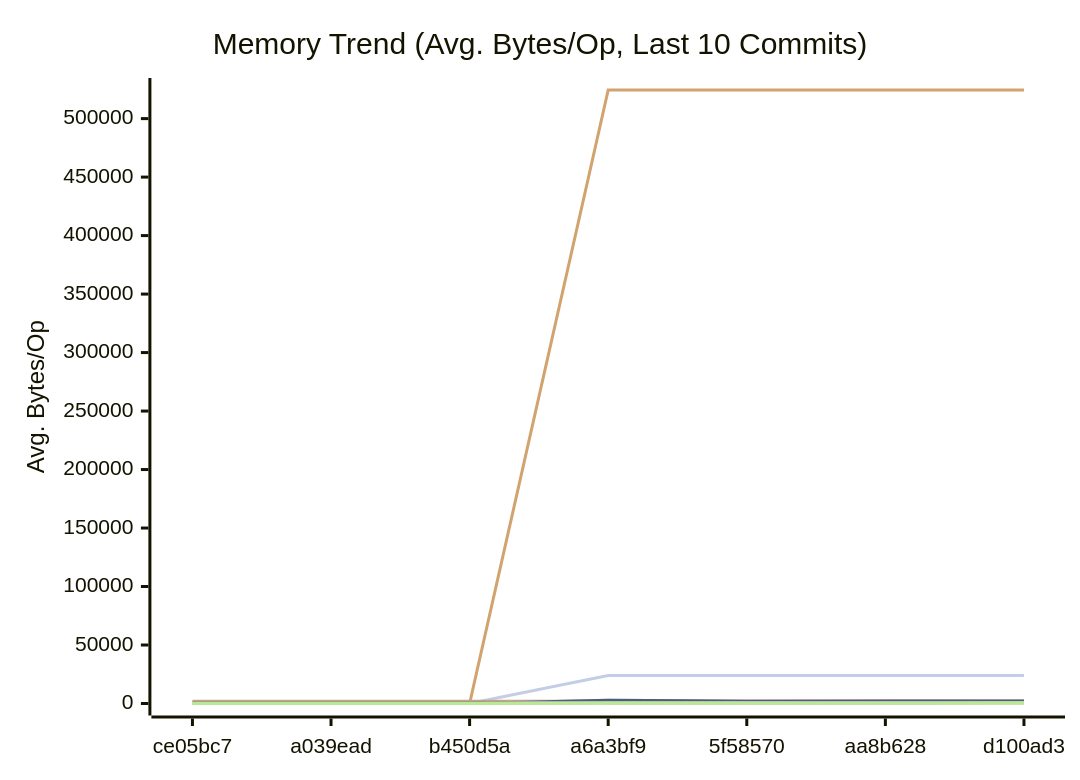
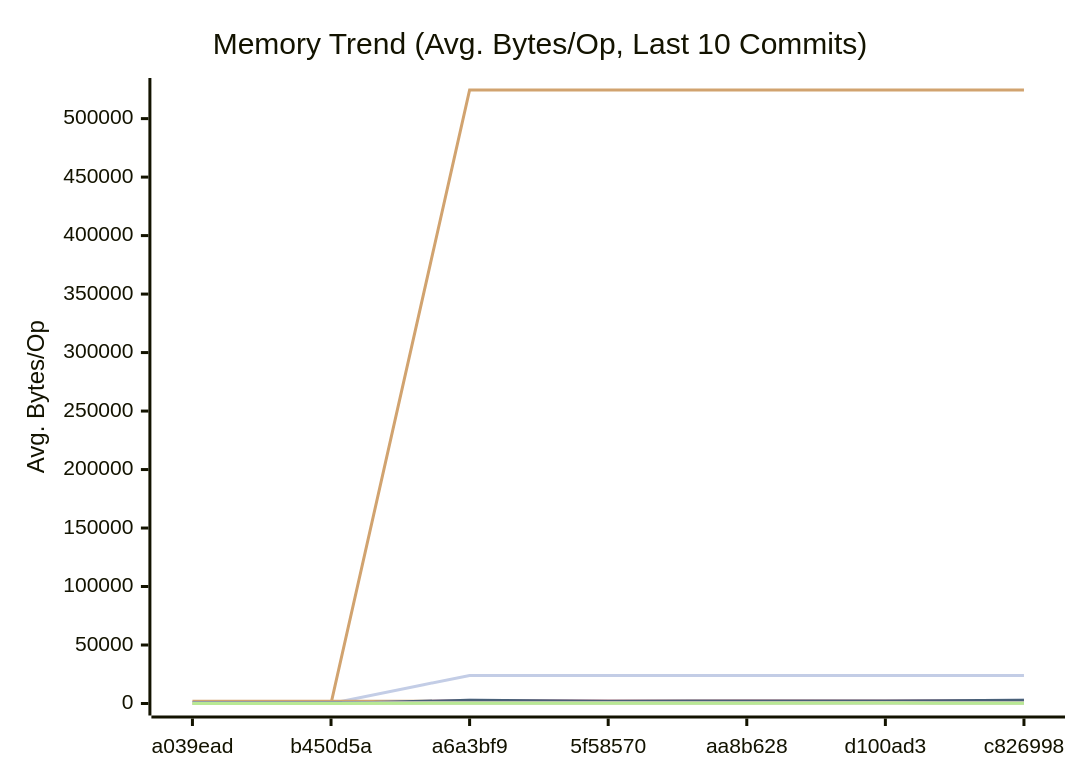
Before and after one commit to alsotoes/momo: the second of 3 diagrams in docs/PERFORMANCE.md, drawn with Mermaid. The commit also changed other lines of this file and 2 other files, not shown here.

````diff
--- a/docs/PERFORMANCE.md
+++ b/docs/PERFORMANCE.md
@@ -300,42 +300,42 @@
 ```mermaid
 xychart-beta
     title "Memory Trend (Avg. Bytes/Op, Last 10 Commits)"
     x-axis "Commit"
     y-axis "Avg. Bytes/Op"
-    x-axis [ce05bc7,a039ead,b450d5a,a6a3bf9,5f58570,aa8b628,d100ad3]
-    line "AWSChunkedReaderSigned" [136,134,143,153,142,131,130,147,131,74]
-    line "AWSChunkedReaderUnsigned" [155,142,153,162,145,130,120,153,135,74]
+    x-axis [a039ead,b450d5a,a6a3bf9,5f58570,aa8b628,d100ad3,c826998]
+    line "AWSChunkedReaderSigned" [134,143,153,142,131,130,147,131,74,125]
+    line "AWSChunkedReaderUnsigned" [142,153,162,145,130,120,153,135,74,112]
     line "CheckMetricsAndSwap" [0,0,0,0,0,0,0,0,0,0]
     line "CrushOptimized" [0,0,0,0,0,0,0,0,0,0]
     line "CrushOriginal" [164,164,164,164,164,164,164,164,164,164]
-    line "FormatListObjectsV2XML_AppendFormat" [0,0,0,524440,524442,524457,524463,524446,524454,524505]
-    line "FormatListObjectsV2XML_OldFormat" [0,0,0,24000,24000,24000,24000,24000,24000,24000]
-    line "HashBytes/1MiB" [0,0,0,356,303,257,324,307,303,180]
-    line "HashBytes/256MiB" [0,0,0,301,330,286,242,249,275,156]
-    line "HashBytes/64MiB" [0,0,0,351,280,291,300,306,306,169]
-    line "HashFile/1MiB" [0,0,0,305,271,267,261,261,261,152]
-    line "HashFile/256MiB" [0,0,0,298,291,174,252,283,277,161]
-    line "HashFile/64MiB" [0,0,0,332,283,240,221,273,250,155]
+    line "FormatListObjectsV2XML_AppendFormat" [0,0,524440,524442,524457,524463,524446,524454,524505,524477]
+    line "FormatListObjectsV2XML_OldFormat" [0,0,24000,24000,24000,24000,24000,24000,24000,24000]
+    line "HashBytes/1MiB" [0,0,356,303,257,324,307,303,180,267]
+    line "HashBytes/256MiB" [0,0,301,330,286,242,249,275,156,201]
+    line "HashBytes/64MiB" [0,0,351,280,291,300,306,306,169,238]
+    line "HashFile/1MiB" [0,0,305,271,267,261,261,261,152,222]
+    line "HashFile/256MiB" [0,0,298,291,174,252,283,277,161,242]
+    line "HashFile/64MiB" [0,0,332,283,240,221,273,250,155,239]
     line "IndexDirectTracking" [0,0,0,0,0,0,0,0,0,0]
     line "IndexSearch" [0,0,0,0,0,0,0,0,0,0]
-    line "LoadGlobalConfig" [1848,1848,1848,1976,1976,1976,1976,1976,1976,1976]
-    line "LocalWrite/1MiB" [0,0,0,2714,1959,1683,2004,2716,1034,1217]
-    line "LocalWrite/256MiB" [0,0,0,2563,2177,2270,2223,2404,2222,1422]
-    line "LocalWrite/64MiB" [0,0,0,2789,1880,2221,2158,2776,2232,1512]
+    line "LoadGlobalConfig" [1848,1848,1976,1976,1976,1976,1976,1976,1976,1976]
+    line "LocalWrite/1MiB" [0,0,2714,1959,1683,2004,2716,1034,1217,1691]
+    line "LocalWrite/256MiB" [0,0,2563,2177,2270,2223,2404,2222,1422,1646]
+    line "LocalWrite/64MiB" [0,0,2789,1880,2221,2158,2776,2232,1512,1973]
     line "PadString" [64,64,64,64,64,64,64,64,64,64]
     line "ParseReplicationOrder_NoPrealloc" [408,408,408,408,408,248,248,248,248,248]
     line "ParseReplicationOrder_Prealloc" [240,240,240,240,240,80,80,80,80,80]
-    line "Placement" [0,0,0,352,352,352,352,352,352,352]
-    line "PlacementDomainSpread" [0,0,0,352,352,352,352,352,352,352]
-    line "ReadVerify/1MiB" [0,0,0,316,252,237,270,284,342,157]
-    line "ReadVerify/256MiB" [0,0,0,322,287,256,268,303,291,160]
-    line "ReadVerify/64MiB" [0,0,0,316,322,241,295,322,283,141]
-    line "S3PutSpool/1MiB" [0,0,0,287,281,227,254,264,205,129]
-    line "S3PutSpool/256MiB" [0,0,0,254,245,213,271,241,260,133]
-    line "S3PutSpool/64MiB" [0,0,0,222,269,234,286,234,263,133]
+    line "Placement" [0,0,352,352,352,352,352,352,352,352]
+    line "PlacementDomainSpread" [0,0,352,352,352,352,352,352,352,352]
+    line "ReadVerify/1MiB" [0,0,316,252,237,270,284,342,157,178]
+    line "ReadVerify/256MiB" [0,0,322,287,256,268,303,291,160,208]
+    line "ReadVerify/64MiB" [0,0,316,322,241,295,322,283,141,182]
+    line "S3PutSpool/1MiB" [0,0,287,281,227,254,264,205,129,181]
+    line "S3PutSpool/256MiB" [0,0,254,245,213,271,241,260,133,173]
+    line "S3PutSpool/64MiB" [0,0,222,269,234,286,234,263,133,178]
     line "SanitizeLog/Safe" [0,0,0,0,0,0,0,0,0,0]
     line "SanitizeLog/Unsafe" [704,704,704,704,704,704,704,704,704,704]
-    line "TrustedRead/1MiB" [0,0,0,297,289,226,325,241,291,135]
-    line "TrustedRead/256MiB" [0,0,0,283,315,219,242,305,231,134]
-    line "TrustedRead/64MiB" [0,0,0,308,244,238,322,299,233,144]
+    line "TrustedRead/1MiB" [0,0,297,289,226,325,241,291,135,243]
+    line "TrustedRead/256MiB" [0,0,283,315,219,242,305,231,134,212]
+    line "TrustedRead/64MiB" [0,0,308,244,238,322,299,233,144,186]
 ```
````
